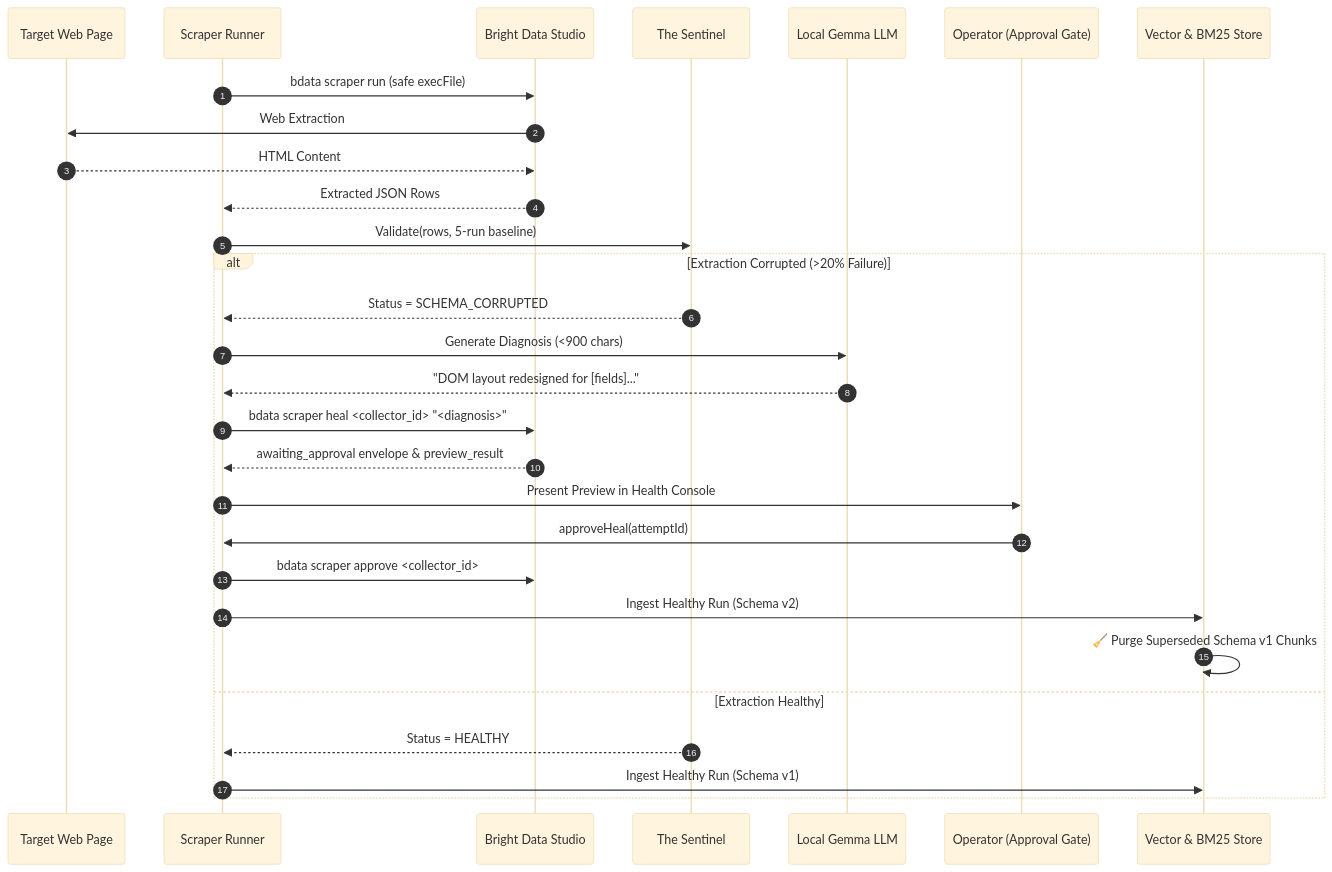
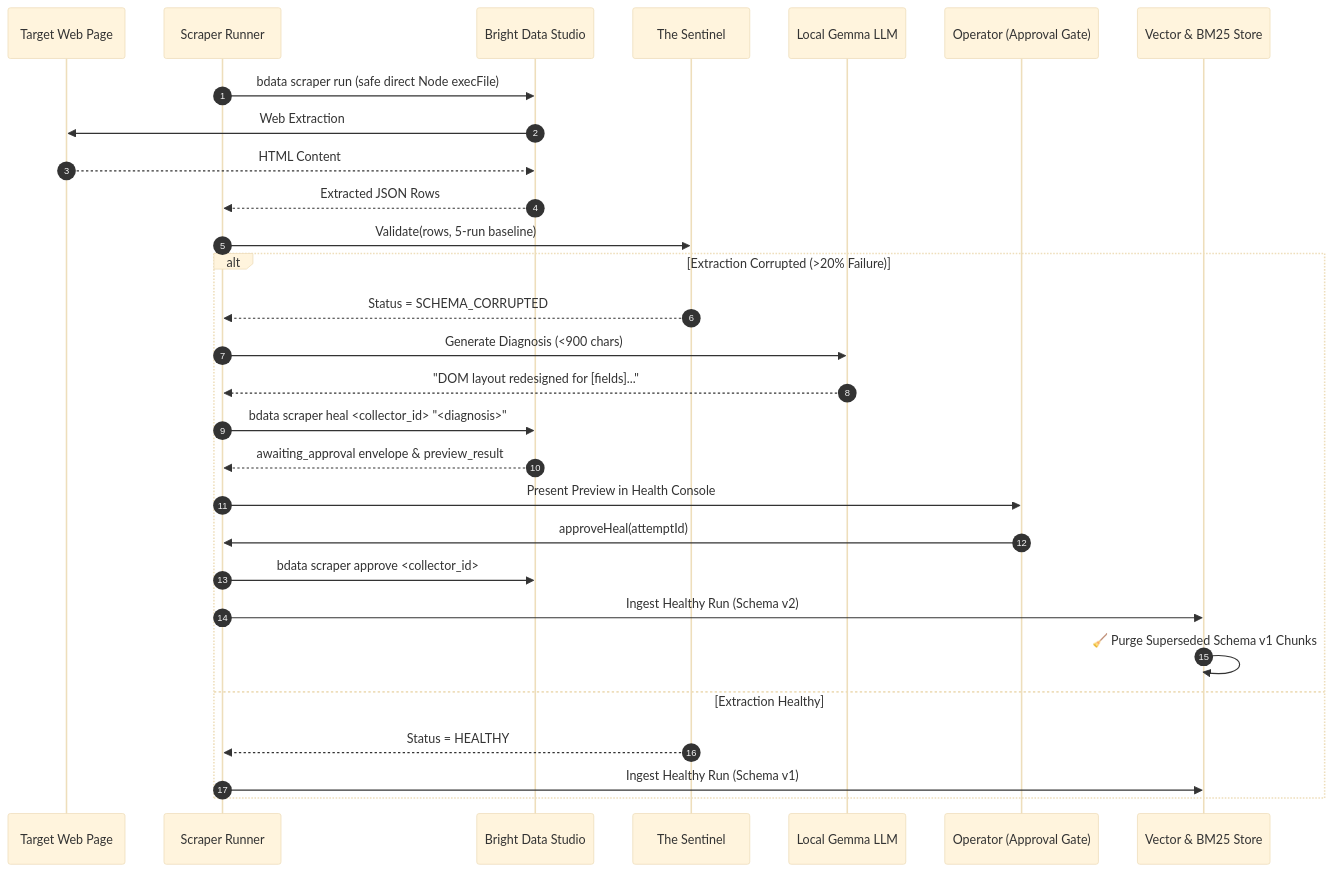
One commit to adityayawalkar-personal/AegisRAG changed the diagram in README.md. Above: the diagram before and after it, drawn with Mermaid (base theme). The commit also changed other lines of this file and 5 other files, not shown here.

````diff
--- a/README.md
+++ b/README.md
@@ -83,32 +92,32 @@
 ```mermaid
 sequenceDiagram
     autonumber
     participant Target as Target Web Page
     participant Runner as Scraper Runner
     participant BD as Bright Data Studio
     participant Sentinel as The Sentinel
     participant Gemma as Local Gemma LLM
     participant Operator as Operator (Approval Gate)
     participant Store as Vector & BM25 Store
 
-    Runner->>BD: bdata scraper run (safe execFile)
+    Runner->>BD: bdata scraper run (safe direct Node execFile)
     BD->>Target: Web Extraction
     Target-->>BD: HTML Content
     BD-->>Runner: Extracted JSON Rows
     Runner->>Sentinel: Validate(rows, 5-run baseline)
     alt Extraction Corrupted (>20% Failure)
         Sentinel-->>Runner: Status = SCHEMA_CORRUPTED
         Runner->>Gemma: Generate Diagnosis (<900 chars)
         Gemma-->>Runner: "DOM layout redesigned for [fields]..."
         Runner->>BD: bdata scraper heal <collector_id> "<diagnosis>"
         BD-->>Runner: awaiting_approval envelope & preview_result
         Runner->>Operator: Present Preview in Health Console
         Operator->>Runner: approveHeal(attemptId)
         Runner->>BD: bdata scraper approve <collector_id>
         Runner->>Store: Ingest Healthy Run (Schema v2)
         Store->>Store: 🧹 Purge Superseded Schema v1 Chunks
     else Extraction Healthy
         Sentinel-->>Runner: Status = HEALTHY
         Runner->>Store: Ingest Healthy Run (Schema v1)
     end
 ```
````
